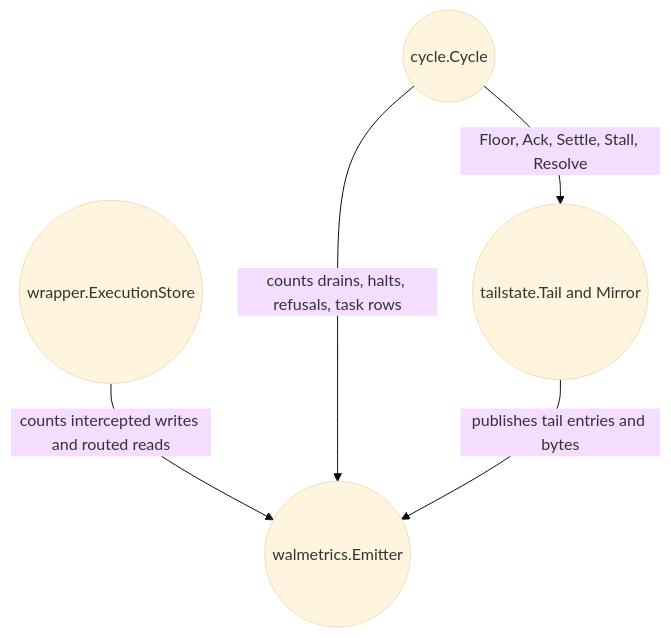
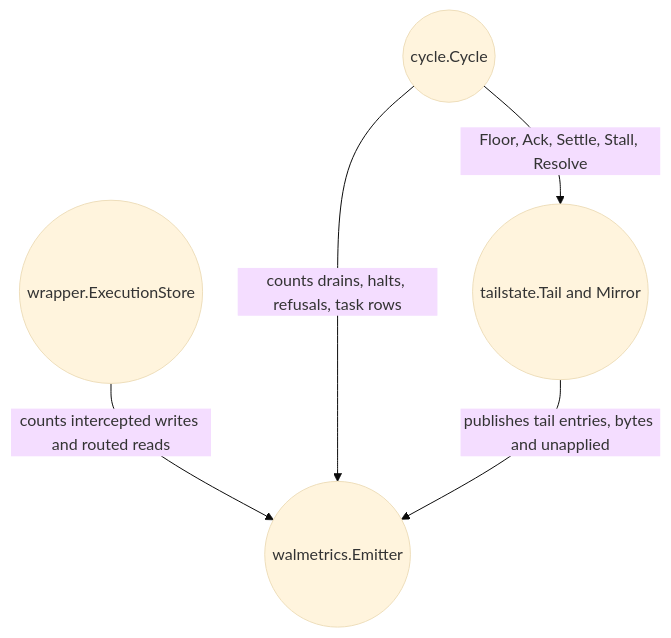
The second of 4 diagrams in docs/handbook/03-components.md (aromanovich/waltz), drawn with Mermaid (base theme) before and after one commit. The commit also changed other lines of this file and 187 other files, not shown here.

````diff
--- a/docs/handbook/03-components.md
+++ b/docs/handbook/03-components.md
@@ -154,12 +133,12 @@
 ```mermaid
 graph TD
   ES2(("wrapper.ExecutionStore"))
   CY2(("cycle.Cycle"))
   TS(("tailstate.Tail and Mirror"))
   EM(("walmetrics.Emitter"))
 
   ES2 -->|"counts intercepted writes and routed reads"| EM
   CY2 -->|"counts drains, halts, refusals, task rows"| EM
   CY2 -->|"Floor, Ack, Settle, Stall, Resolve"| TS
-  TS -->|"publishes tail entries and bytes"| EM
+  TS -->|"publishes tail entries, bytes and unapplied"| EM
 ```
````
